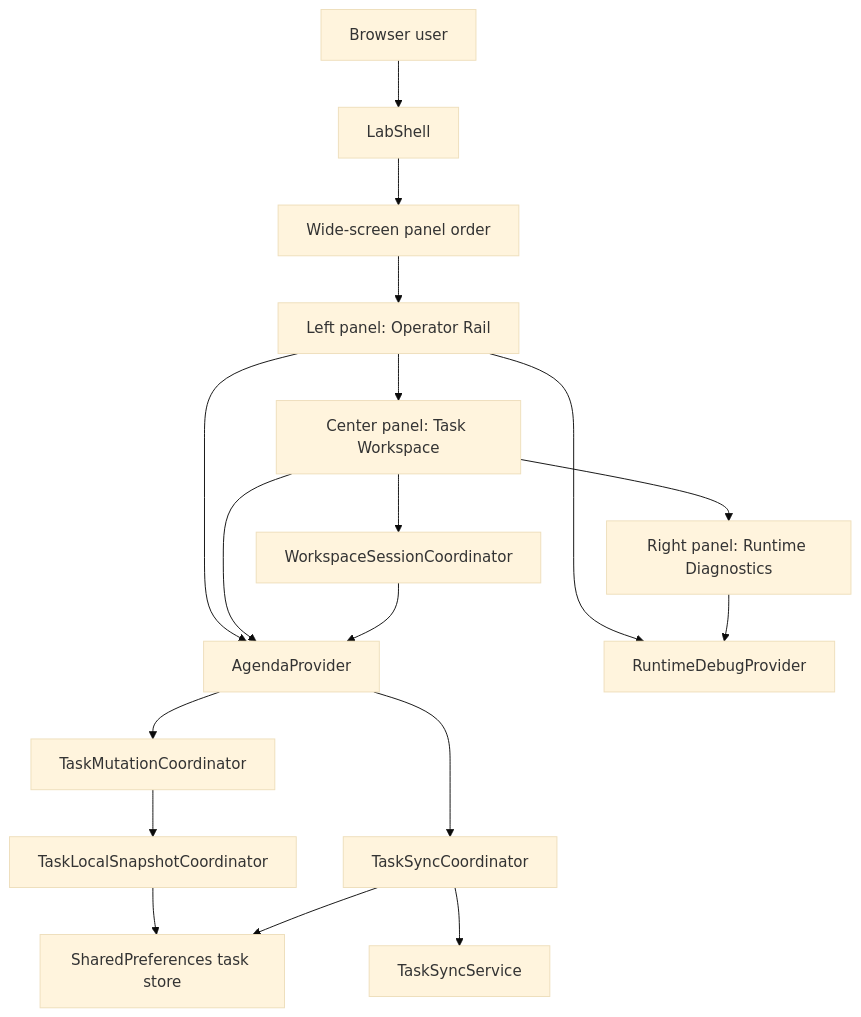
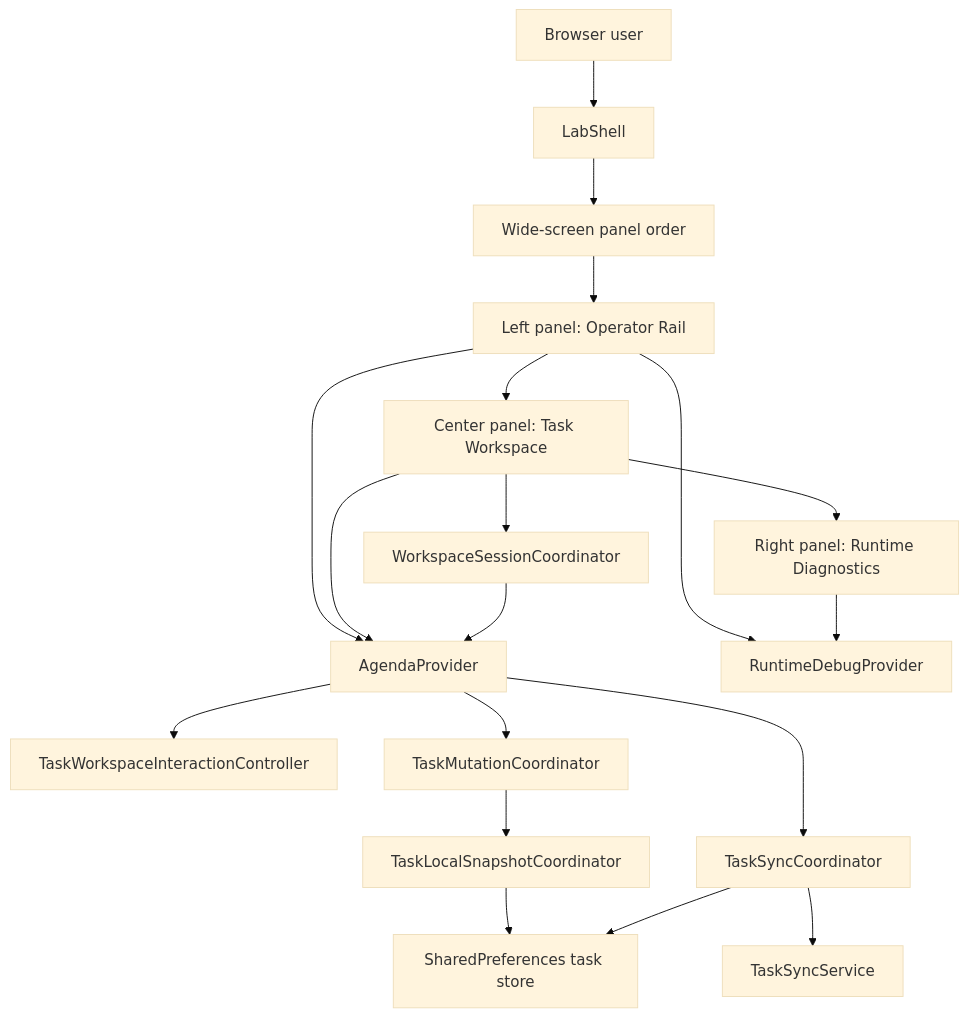
One commit to eliasfeijo/saas-reliability-lab changed the first of 4 diagrams in docs/ARCHITECTURE.md. Above: the diagram before and after it, drawn with Mermaid (base theme). The commit also changed other lines of this file and 8 other files, not shown here.

Commit message:
refactor(flutter-app): extract workspace interaction controller

````diff
--- a/docs/ARCHITECTURE.md
+++ b/docs/ARCHITECTURE.md
@@ -72,35 +72,37 @@
 ```mermaid
 flowchart TD
     User["Browser user"]
     Shell["LabShell"]
     Order["Wide-screen panel order"]
     Left["Left panel: Operator Rail"]
     Workspace["Center panel: Task Workspace"]
     Diagnostics["Right panel: Runtime Diagnostics"]
     SessionCoord["WorkspaceSessionCoordinator"]
     Agenda["AgendaProvider"]
+    Interaction["TaskWorkspaceInteractionController"]
     Mutation["TaskMutationCoordinator"]
     Snapshot["TaskLocalSnapshotCoordinator"]
     SyncCoord["TaskSyncCoordinator"]
     Runtime["RuntimeDebugProvider"]
     Sync["TaskSyncService"]
     Local["SharedPreferences task store"]
 
     User --> Shell
     Shell --> Order
     Order --> Left
     Left --> Workspace
     Workspace --> Diagnostics
     Workspace --> SessionCoord
     Left --> Agenda
     Workspace --> Agenda
     Left --> Runtime
     Diagnostics --> Runtime
     SessionCoord --> Agenda
+    Agenda --> Interaction
     Agenda --> Mutation
     Mutation --> Snapshot
     Agenda --> SyncCoord
     Snapshot --> Local
     SyncCoord --> Sync
     SyncCoord --> Local
 ```
````
